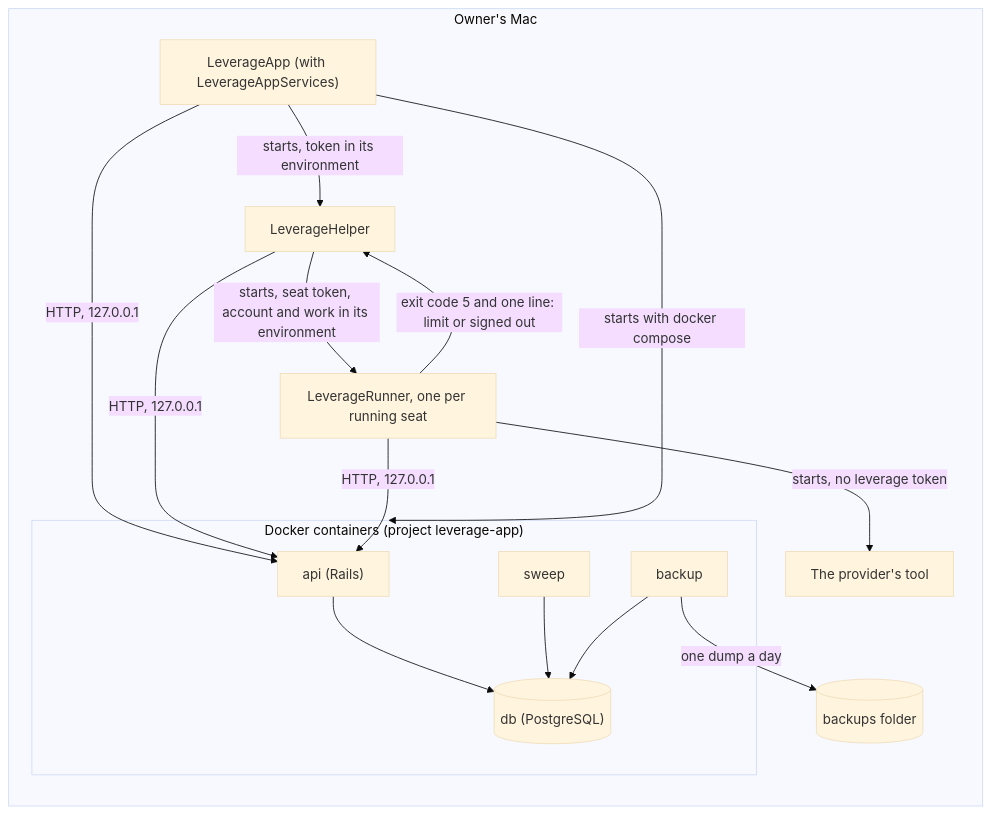
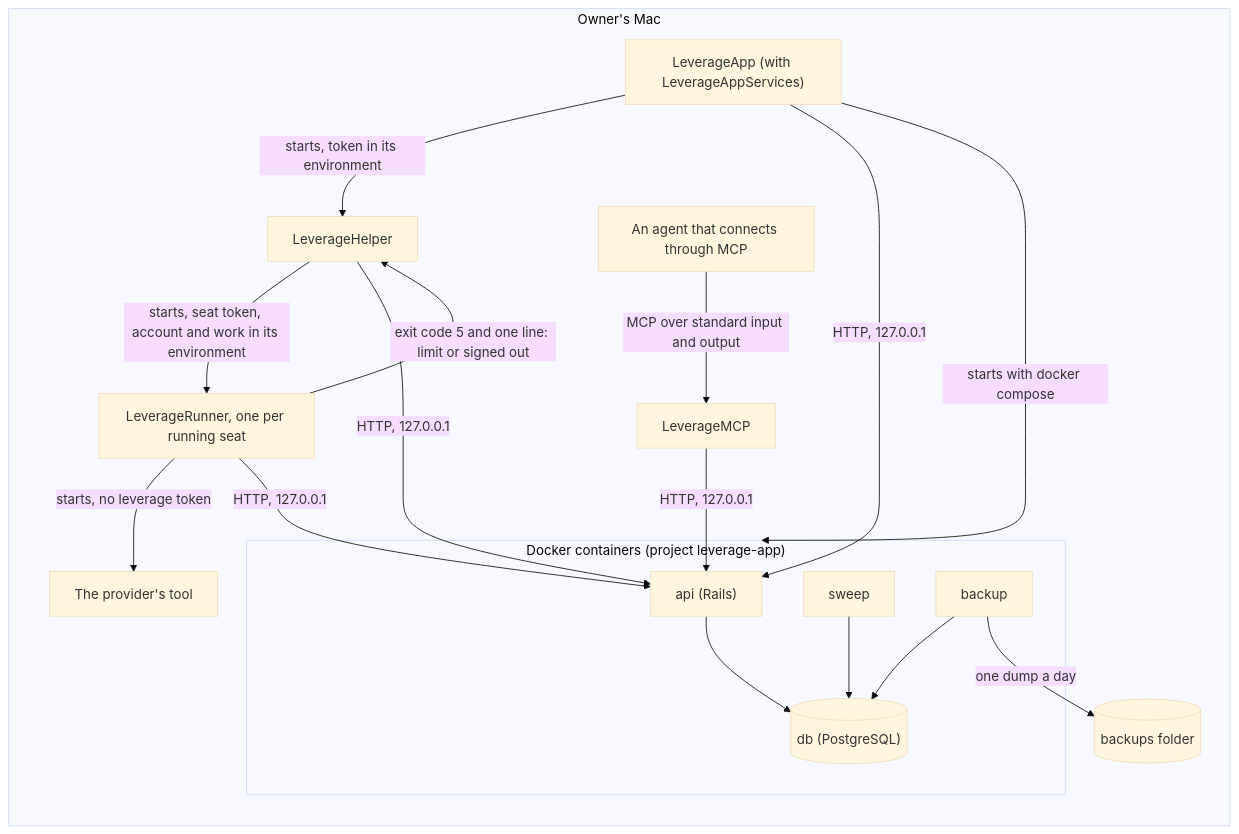
The diagram in docs/ARCHITECTURE.md (yuric/leverage), drawn with Mermaid (base theme) before and after one commit. The commit also changed other lines of this file and 12 other files, not shown here.

````diff
--- a/docs/ARCHITECTURE.md
+++ b/docs/ARCHITECTURE.md
@@ -304,28 +304,32 @@
 ```mermaid
 flowchart LR
   subgraph mac["Owner's Mac"]
     app["LeverageApp (with LeverageAppServices)"]
     helper["LeverageHelper"]
     runner["LeverageRunner, one per running seat"]
     tool["The provider's tool"]
+    client["An agent that connects through MCP"]
+    mcp["LeverageMCP"]
     backups[("backups folder")]
     subgraph docker["Docker containers (project leverage-app)"]
       api["api (Rails)"]
       sweep["sweep"]
       backup["backup"]
       db[("db (PostgreSQL)")]
     end
   end
   app -- "starts with docker compose" --> docker
   app -- "starts, token in its environment" --> helper
   helper -- "starts, seat token, account and work in its environment" --> runner
   runner -- "exit code 5 and one line: limit or signed out" --> helper
   runner -- "starts, no leverage token" --> tool
   app -- "HTTP, 127.0.0.1" --> api
   helper -- "HTTP, 127.0.0.1" --> api
   runner -- "HTTP, 127.0.0.1" --> api
+  client -- "MCP over standard input and output" --> mcp
+  mcp -- "HTTP, 127.0.0.1" --> api
   api --> db
   sweep --> db
   backup --> db
   backup -- "one dump a day" --> backups
 ```
````
